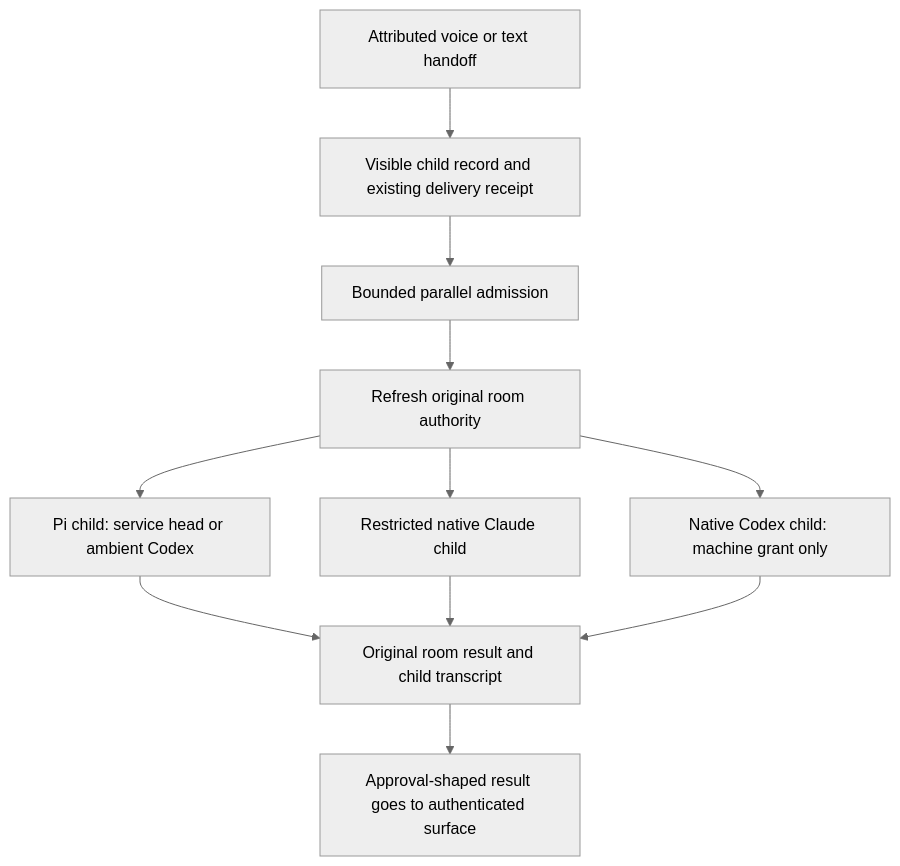
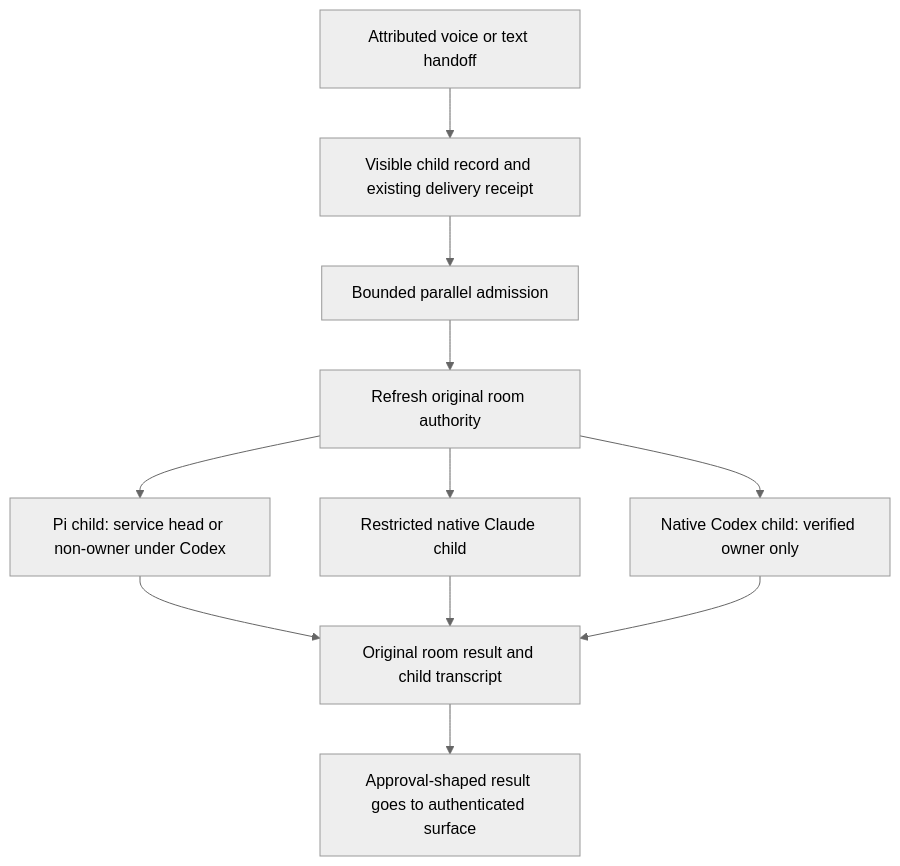
One commit to Volpestyle/clankie changed the diagram in docs/adr/0229-room-handoffs-are-visible-parallel-threads.md. Above: the diagram before and after it, drawn with Mermaid (neutral theme). The commit also changed other lines of this file and 25 other files, not shown here.

First line of the commit message:
Restrict native Codex room work and bound handoff admission

````diff
--- a/docs/adr/0229-room-handoffs-are-visible-parallel-threads.md
+++ b/docs/adr/0229-room-handoffs-are-visible-parallel-threads.md
@@ -61,13 +66,13 @@
 ```mermaid
 flowchart TD
   Input[Attributed voice or text handoff] --> Record[Visible child record and existing delivery receipt]
   Record --> Queue[Bounded parallel admission]
   Queue --> Authority[Refresh original room authority]
-  Authority --> Pi[Pi child: service head or ambient Codex]
+  Authority --> Pi[Pi child: service head or non-owner under Codex]
   Authority --> Claude[Restricted native Claude child]
-  Authority --> Codex[Native Codex child: machine grant only]
+  Authority --> Codex[Native Codex child: verified owner only]
   Pi --> Result[Original room result and child transcript]
   Claude --> Result
   Codex --> Result
   Result --> Approval[Approval-shaped result goes to authenticated surface]
 ```
````
